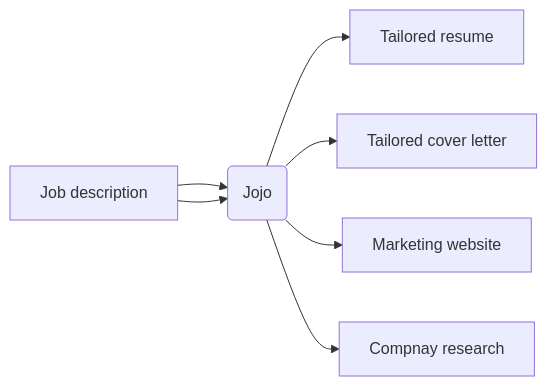
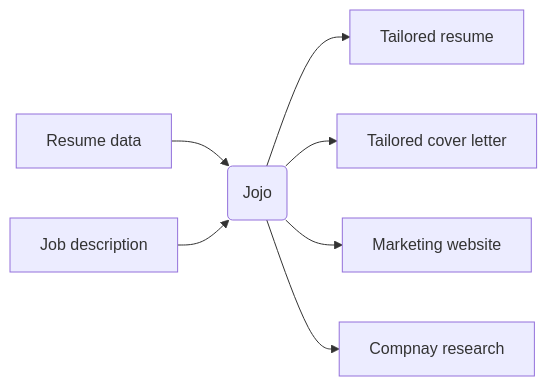
One commit to grymoire7/jojo changed the diagram in README.md. Above: the diagram before and after it, drawn with Mermaid.

Commit message:
docs: mermaid in README test fix

````diff
--- a/README.md
+++ b/README.md
@@ -26,10 +26,10 @@
 ```mermaid
 flowchart LR
 
-A[Resume data] --> B(Jojo)
-A[Job description] --> B
-B --> C[Tailored resume]
-B --> D[Tailored cover letter]
-B --> E[Marketing website]
-B --> F[Compnay research]
+A[Resume data] --> J(Jojo)
+B[Job description] --> J
+J --> C[Tailored resume]
+J --> D[Tailored cover letter]
+J --> E[Marketing website]
+J --> F[Compnay research]
 ```
````
